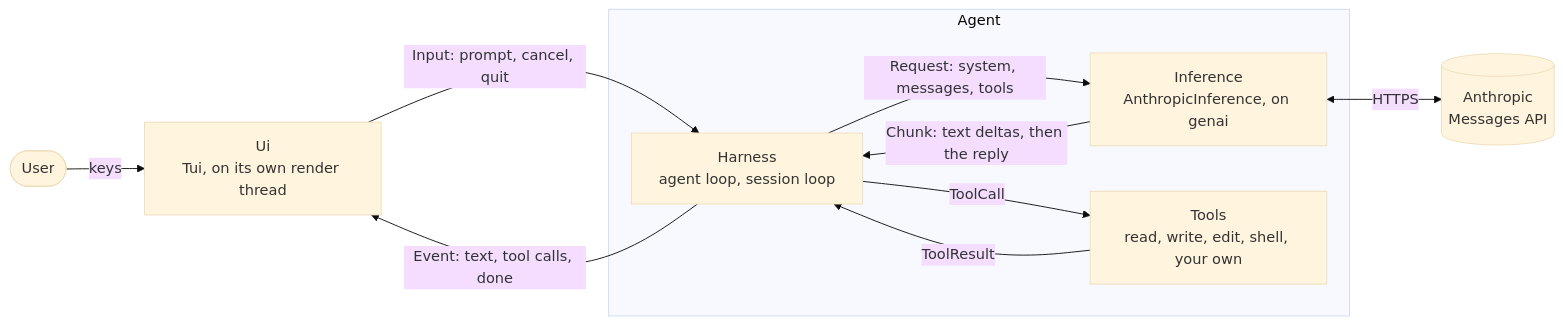
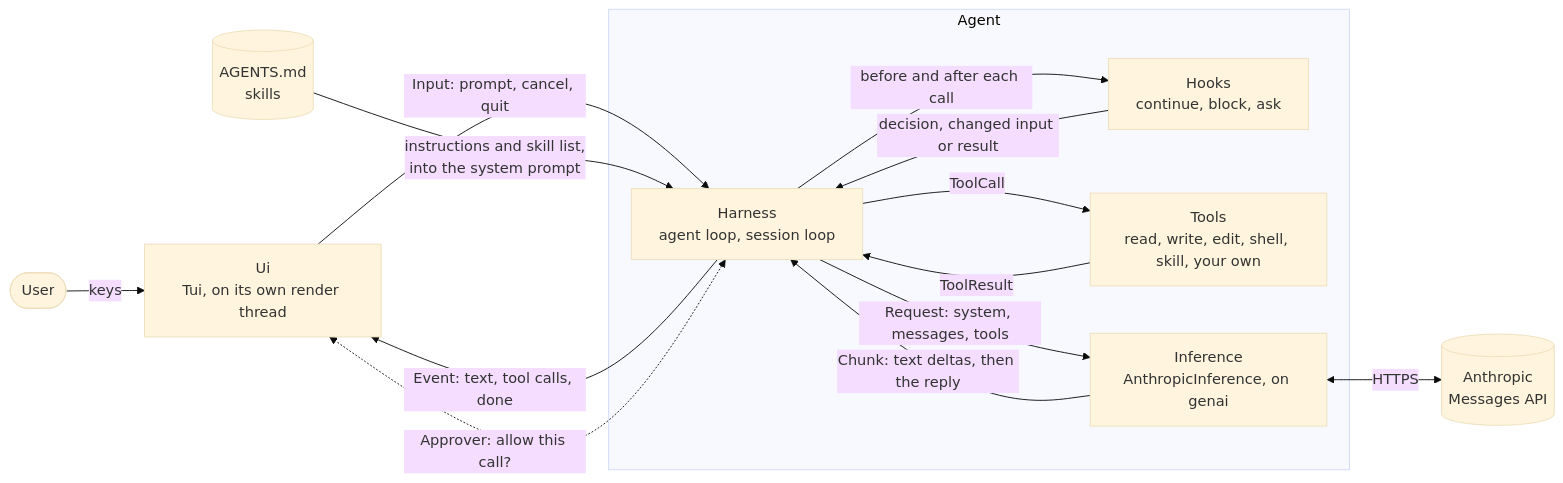
The diagram in README.md (ollivarila/haarniska), drawn with Mermaid (base theme) before and after one commit. The commit also changed other lines of this file, not shown here.

Commit message:
docs(readme): add features, update architecture

````diff
--- a/README.md
+++ b/README.md
@@ -14,22 +31,28 @@
 ```mermaid
 flowchart LR
     user([User])
     api[(Anthropic<br/>Messages API)]
+    files[("AGENTS.md<br/>skills")]
 
     subgraph agent [Agent]
         harness["Harness<br/>agent loop, session loop"]
+        hooks["Hooks<br/>continue, block, ask"]
+        tools["Tools<br/>read, write, edit, shell, skill, your own"]
         inference["Inference<br/>AnthropicInference, on genai"]
-        tools["Tools<br/>read, write, edit, shell, your own"]
     end
 
     ui["Ui<br/>Tui, on its own render thread"]
 
     user -- keys --> ui
     ui -- "Input: prompt, cancel, quit" --> harness
     harness -- "Event: text, tool calls, done" --> ui
+    harness <-.->|"Approver: allow this call?"| ui
+    files -- "instructions and skill list,<br/>into the system prompt" --> harness
     harness -- "Request: system, messages, tools" --> inference
     inference -- "Chunk: text deltas, then the reply" --> harness
+    harness -- "before and after each call" --> hooks
+    hooks -- "decision, changed input or result" --> harness
     harness -- ToolCall --> tools
     tools -- ToolResult --> harness
     inference <-->|HTTPS| api
 ```
````
